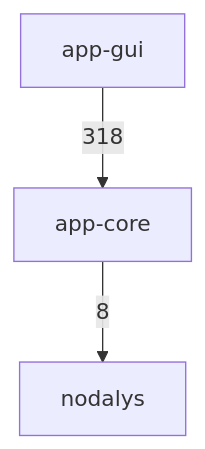
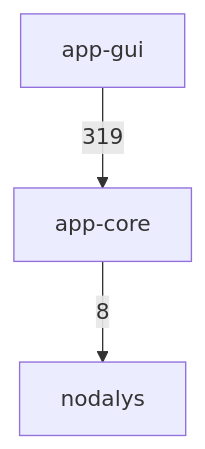
One commit to ronnymilleo/imcsim changed the first of 3 diagrams in docs/architecture.md. Above: the diagram before and after it, drawn with Mermaid. The commit also changed 1 other file, not shown here.

Commit message:
Update architecture diagrams for parallel runs

````diff
--- a/docs/architecture.md
+++ b/docs/architecture.md
@@ -22,8 +22,8 @@
 ```mermaid
 flowchart TD
     app_gui[app-gui]
     app_core[app-core]
     nodalys[nodalys]
     app_core -->|8| nodalys
-    app_gui -->|318| app_core
+    app_gui -->|319| app_core
 ```
````
